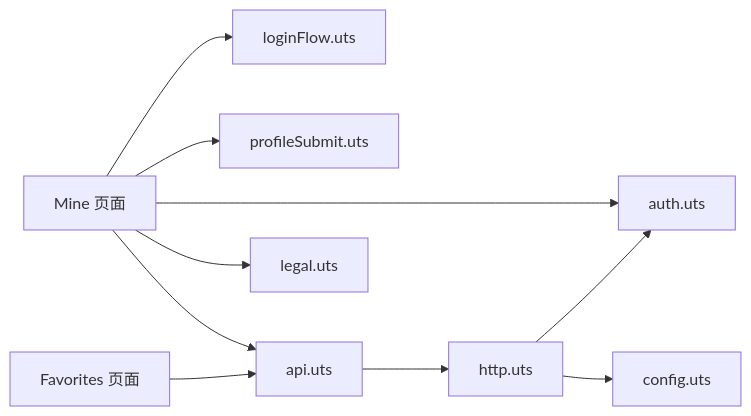
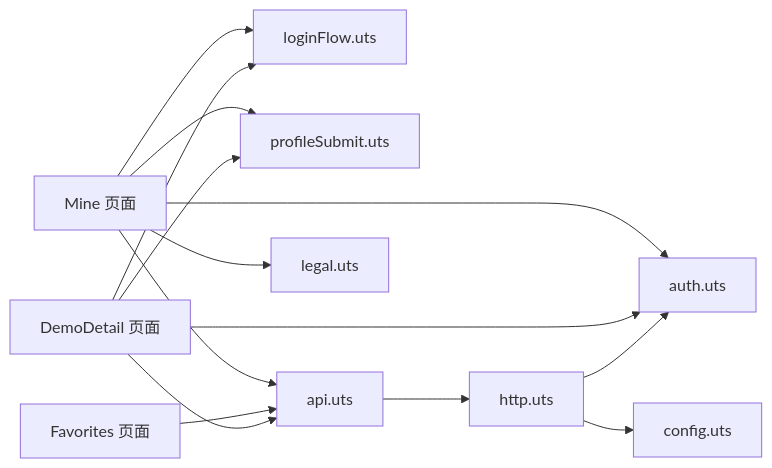
The seventh of 7 diagrams in .qoder/repowiki/zh/content/核心功能模块/用户中心系统.md (crazyma99/blueberry), drawn with Mermaid before and after one commit. The commit also changed other lines of this file and 24 other files, not shown here.

````diff
--- a/.qoder/repowiki/zh/content/核心功能模块/用户中心系统.md
+++ b/.qoder/repowiki/zh/content/核心功能模块/用户中心系统.md
@@ -389,12 +440,16 @@
 ```mermaid
 graph LR
 Mine["Mine 页面"] --> Auth["auth.uts"]
 Mine --> LoginFlow["loginFlow.uts"]
 Mine --> ProfileSubmit["profileSubmit.uts"]
 Mine --> API["api.uts"]
 Mine --> Legal["legal.uts"]
 Favorites["Favorites 页面"] --> API
+DemoDetail["DemoDetail 页面"] --> API
+DemoDetail --> Auth
+DemoDetail --> LoginFlow
+DemoDetail --> ProfileSubmit
 API --> HTTP["http.uts"]
 HTTP --> Config["config.uts"]
 HTTP --> Auth
 ```
````
